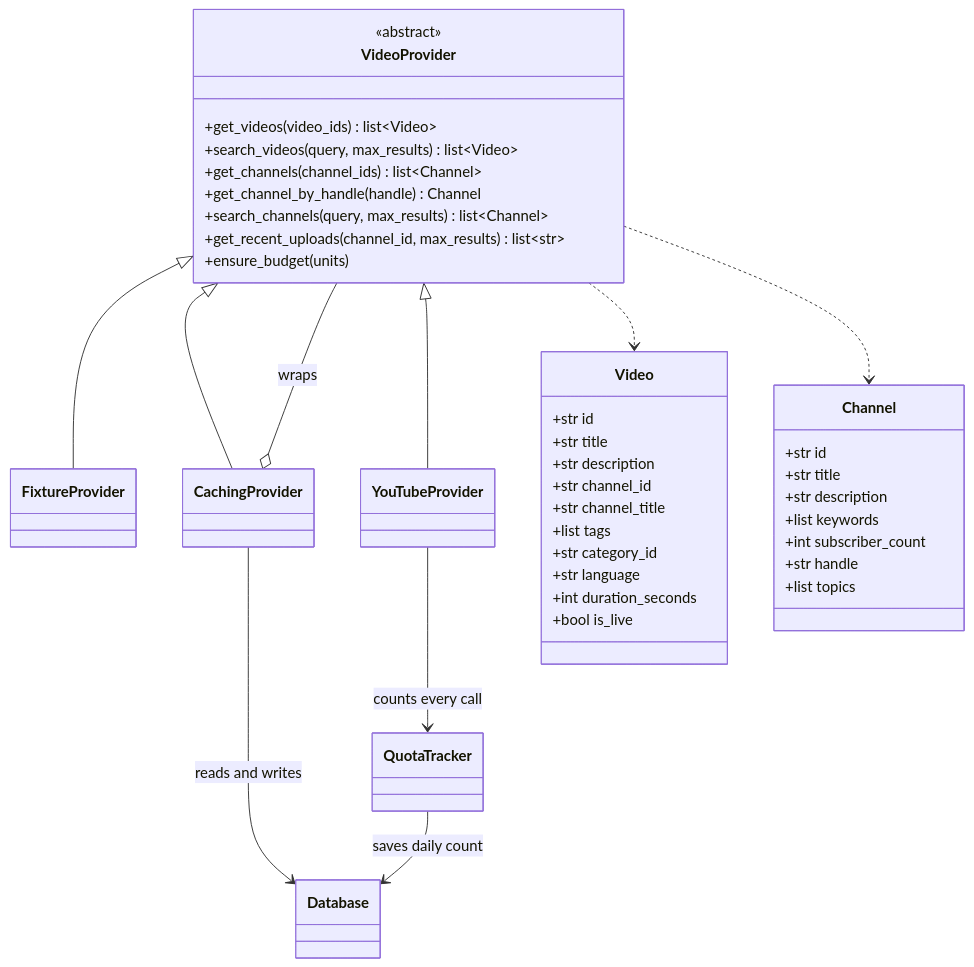
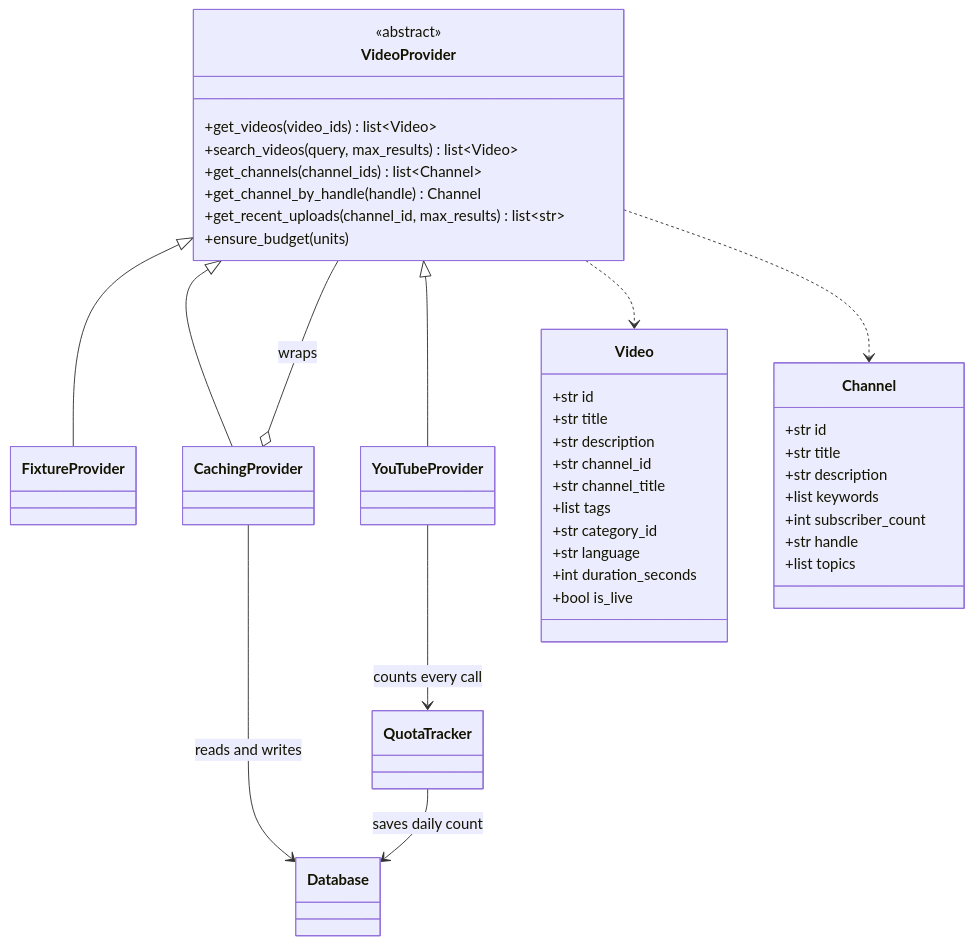
The first of 4 diagrams in docs/Areas/Design Classes.md (Chris-ops4573/Youtube_MCP_Server), drawn with Mermaid before and after one commit. The commit also changed 34 other files, not shown here.

````diff
--- a/docs/Areas/Design Classes.md
+++ b/docs/Areas/Design Classes.md
@@ -9,48 +9,47 @@
 ```mermaid
 classDiagram
   class VideoProvider {
     <<abstract>>
     +get_videos(video_ids) list~Video~
     +search_videos(query, max_results) list~Video~
     +get_channels(channel_ids) list~Channel~
     +get_channel_by_handle(handle) Channel
-    +search_channels(query, max_results) list~Channel~
     +get_recent_uploads(channel_id, max_results) list~str~
     +ensure_budget(units)
   }
   class FixtureProvider
   class YouTubeProvider
   class CachingProvider
   class Database
   class QuotaTracker
   class Video {
     +str id
     +str title
     +str description
     +str channel_id
     +str channel_title
     +list tags
     +str category_id
     +str language
     +int duration_seconds
     +bool is_live
   }
   class Channel {
     +str id
     +str title
     +str description
     +list keywords
     +int subscriber_count
     +str handle
     +list topics
   }
   VideoProvider <|-- FixtureProvider
   VideoProvider <|-- YouTubeProvider
   VideoProvider <|-- CachingProvider
   CachingProvider o-- VideoProvider : wraps
   CachingProvider --> Database : reads and writes
   YouTubeProvider --> QuotaTracker : counts every call
   QuotaTracker --> Database : saves daily count
   VideoProvider ..> Video
   VideoProvider ..> Channel
 ```
````
